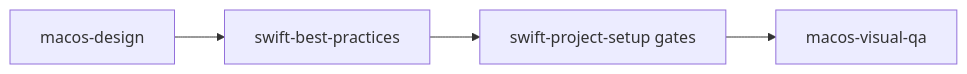
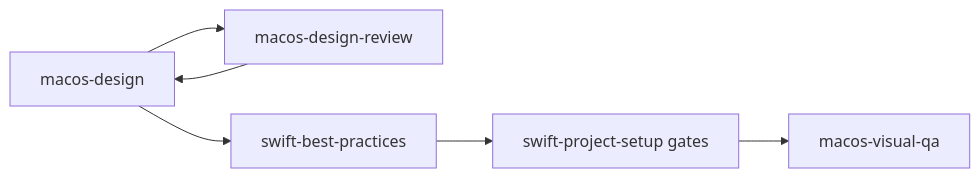
One commit to tailrocks/tailrocks-skills changed the first of 2 diagrams in docs/content/docs/choosing.mdx. Above: the diagram before and after it, drawn with Mermaid. The commit also changed other lines of this file and 65 other files, not shown here.

Commit message:
refactor: split macos design ownership

````diff
--- a/docs/content/docs/choosing.mdx
+++ b/docs/content/docs/choosing.mdx
@@ -70,6 +71,8 @@
 ```mermaid
 flowchart LR
-  design["macos-design"] --> swift["swift-best-practices"]
+  design["macos-design"] --> review["macos-design-review"]
+  review --> design
+  design --> swift["swift-best-practices"]
   swift --> gates["swift-project-setup gates"]
   gates --> qa["macos-visual-qa"]
 ```
````
